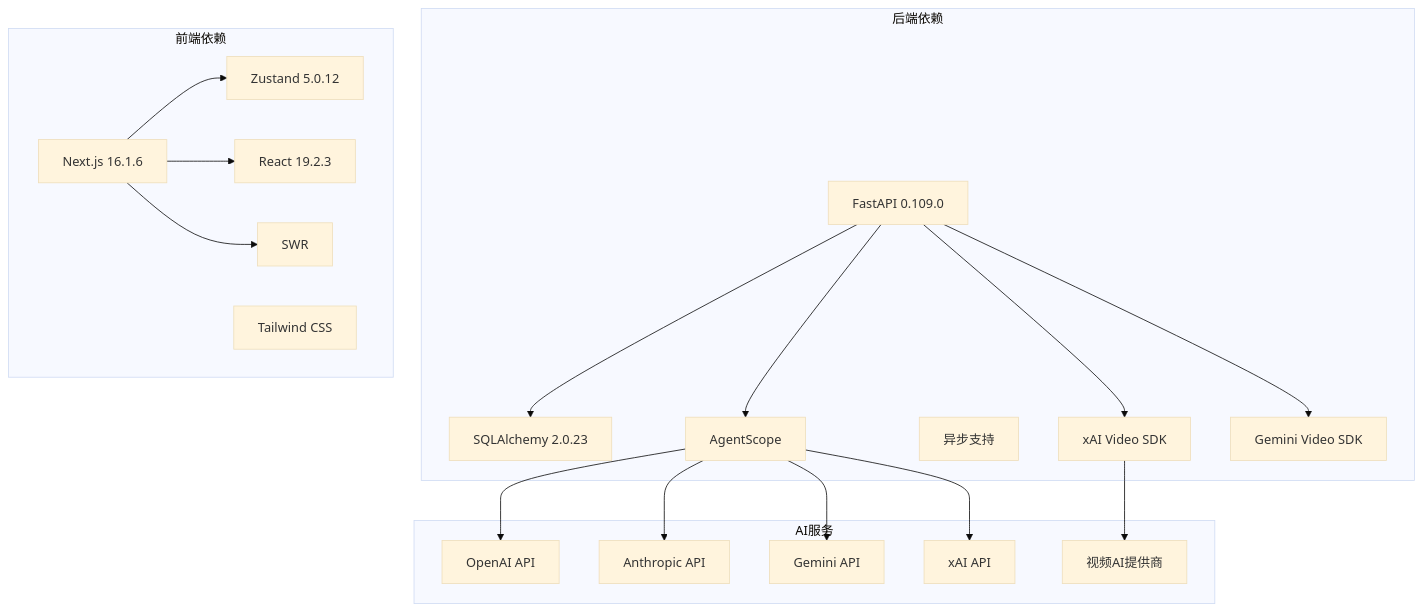
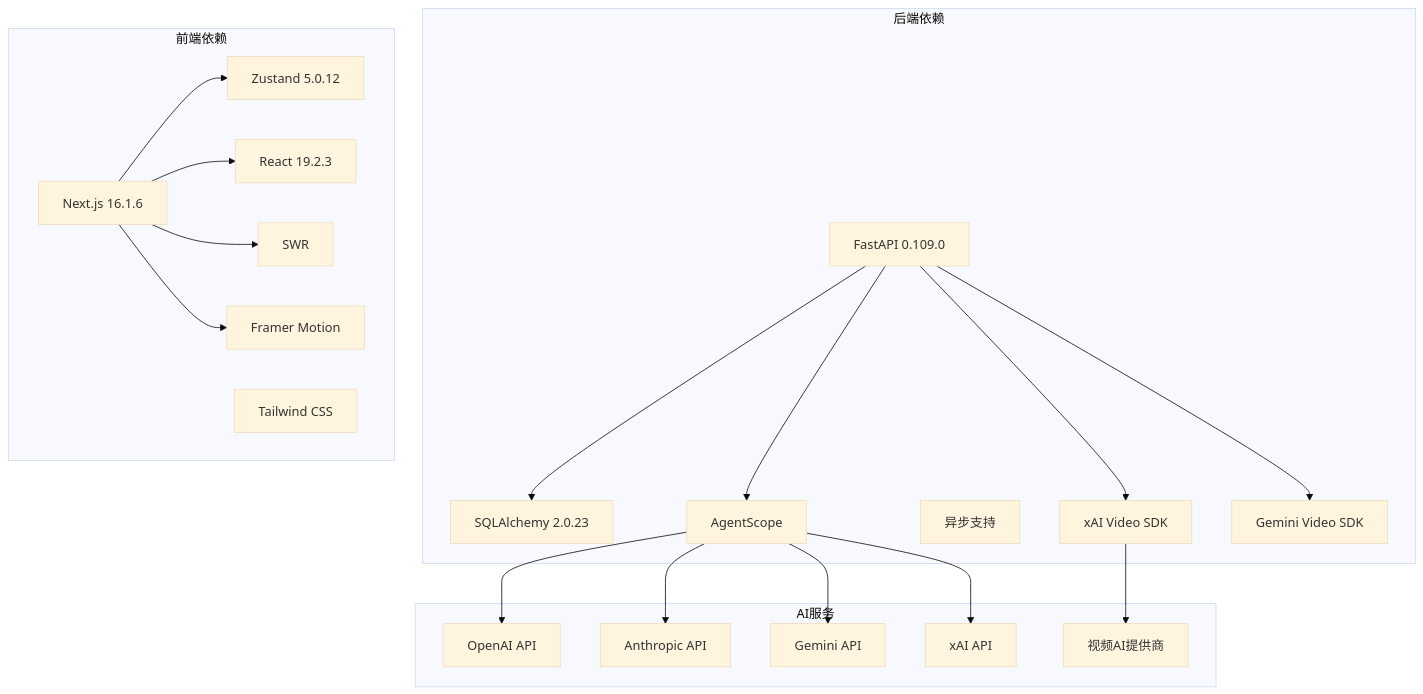
Diagram 18 of 19 in .qoder/repowiki/zh/content/前端应用架构/状态管理/Zustand Store 设计/增强的AI助手存储.md (KunLabAI/KunFlix), drawn with Mermaid (base theme) before and after one commit. The commit also changed other lines of this file and 20 other files, not shown here.

````diff
--- a/.qoder/repowiki/zh/content/前端应用架构/状态管理/Zustand Store 设计/增强的AI助手存储.md
+++ b/.qoder/repowiki/zh/content/前端应用架构/状态管理/Zustand Store 设计/增强的AI助手存储.md
@@ -561,37 +702,39 @@
 ```mermaid
 graph TB
 subgraph "后端依赖"
 FastAPI[FastAPI 0.109.0]
 SQLAlchemy[SQLAlchemy 2.0.23]
 AgentScope[AgentScope]
 Async[异步支持]
 VideoSDK[xAI Video SDK]
 GeminiSDK[Gemini Video SDK]
 end
 subgraph "前端依赖"
 NextJS[Next.js 16.1.6]
 Zustand[Zustand 5.0.12]
 React[React 19.2.3]
 Tailwind[Tailwind CSS]
 SWR[SWR]
+FramerMotion[Framer Motion]
 end
 subgraph "AI服务"
 OpenAI[OpenAI API]
 Anthropic[Anthropic API]
 Gemini[Gemini API]
 XAI[xAI API]
 VideoProviders[视频AI提供商]
 end
 FastAPI --> AgentScope
 FastAPI --> SQLAlchemy
 FastAPI --> VideoSDK
 FastAPI --> GeminiSDK
 NextJS --> Zustand
 NextJS --> React
 NextJS --> SWR
+NextJS --> FramerMotion
 AgentScope --> OpenAI
 AgentScope --> Anthropic
 AgentScope --> Gemini
 AgentScope --> XAI
 VideoSDK --> VideoProviders
 ```
````
